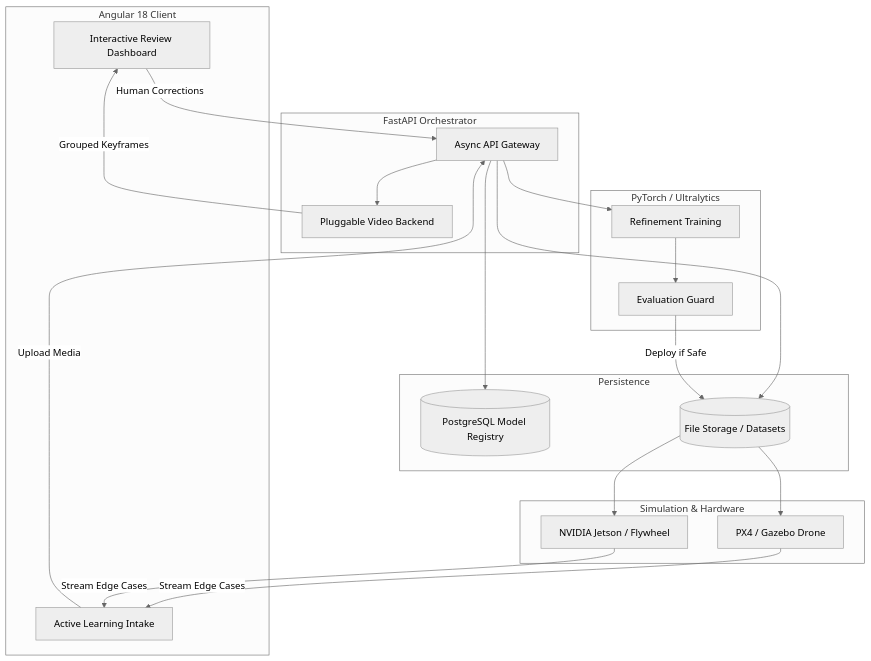
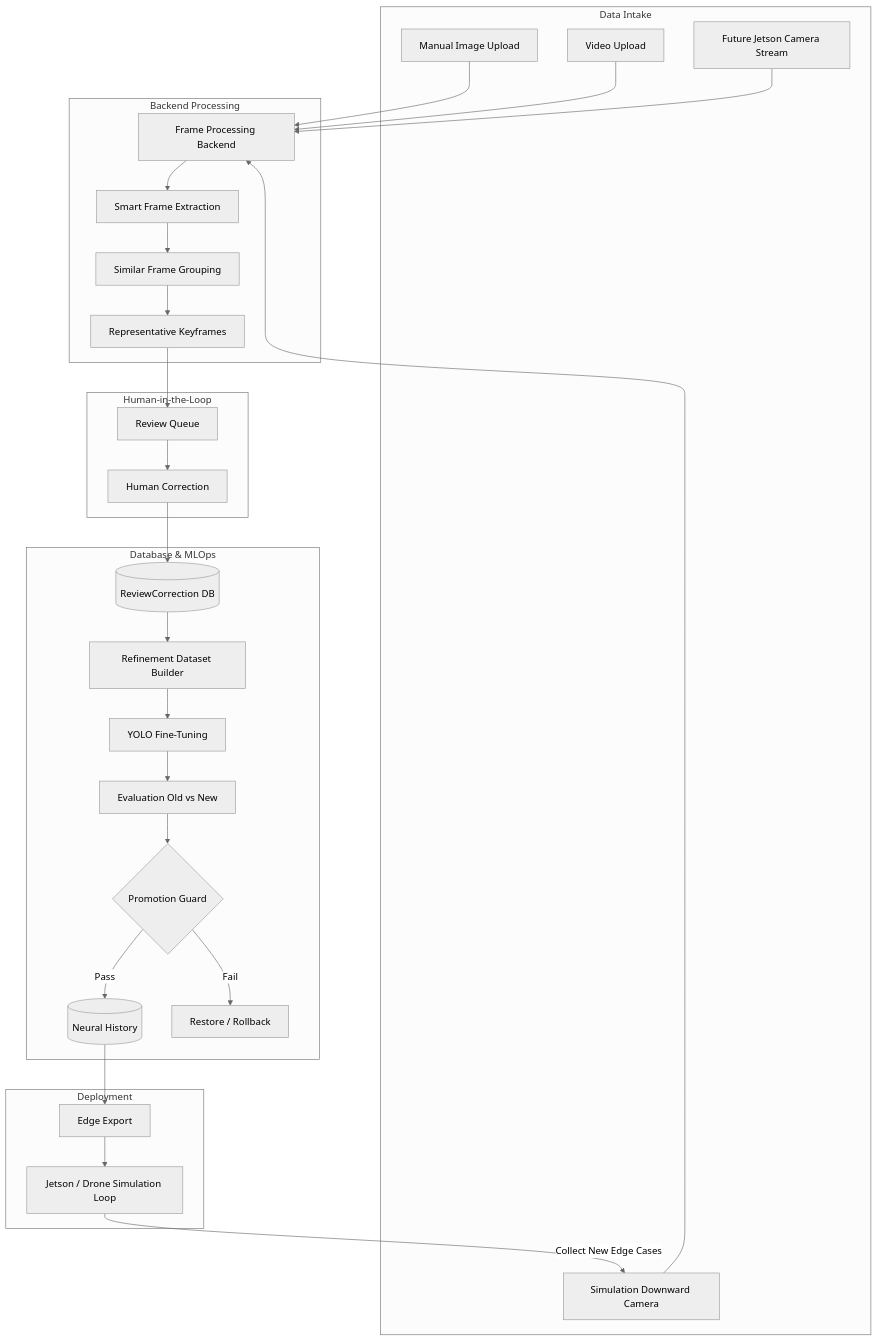
The first of 4 diagrams in README.md (rathoddhruv/TrainFlowVision-Showcase), drawn with Mermaid (neutral theme) before and after one commit. The commit also changed other lines of this file, not shown here.

````diff
--- a/README.md
+++ b/README.md
@@ -60,41 +56,53 @@
 ```mermaid
-graph TD
-    subgraph Frontend [Angular 18 Client]
-        UI[Interactive Review Dashboard]
-        Intake[Active Learning Intake]
+flowchart TD
+    subgraph Data Intake
+        I1[Manual Image Upload]
+        I2[Video Upload]
+        I3[Simulation Downward Camera]
+        I4[Future Jetson Camera Stream]
     end
 
-    subgraph Backend [FastAPI Orchestrator]
-        API[Async API Gateway]
-        VideoProcessing[Pluggable Video Backend]
+    subgraph Backend Processing
+        P1[Frame Processing Backend]
+        P2[Smart Frame Extraction]
+        P3[Similar Frame Grouping]
+        P4[Representative Keyframes]
     end
 
-    subgraph Data [Persistence]
-        DB[(PostgreSQL Model Registry)]
-        Storage[(File Storage / Datasets)]
+    subgraph Human-in-the-Loop
+        H1[Review Queue]
+        H2[Human Correction]
     end
 
-    subgraph ML_Engine [PyTorch / Ultralytics]
-        Train[Refinement Training]
-        Eval[Evaluation Guard]
+    subgraph Database & MLOps
+        D1[(ReviewCorrection DB)]
+        D2[Refinement Dataset Builder]
+        D3[YOLO Fine-Tuning]
+        D4[Evaluation Old vs New]
+        D5{Promotion Guard}
+        D6[(Neural History)]
+        D7[Restore / Rollback]
+    end
+    
+    subgraph Deployment
+        E1[Edge Export]
+        E2[Jetson / Drone Simulation Loop]
     end
 
-    subgraph Robotics_Edge [Simulation & Hardware]
-        SIM[PX4 / Gazebo Drone]
-        Jetson[NVIDIA Jetson / Flywheel]
-    end
-
-    Intake -->|Upload Media| API
-    API --> VideoProcessing
-    VideoProcessing -->|Grouped Keyframes| UI
-    UI -->|Human Corrections| API
-    API --> DB
-    API --> Storage
-    API --> Train
-    Train --> Eval
-    Eval -->|Deploy if Safe| Storage
-    Storage --> SIM
-    Storage --> Jetson
-    SIM -->|Stream Edge Cases| Intake
-    Jetson -->|Stream Edge Cases| Intake
+    I1 & I2 & I3 & I4 --> P1
+    P1 --> P2
+    P2 --> P3
+    P3 --> P4
+    P4 --> H1
+    H1 --> H2
+    H2 --> D1
+    D1 --> D2
+    D2 --> D3
+    D3 --> D4
+    D4 --> D5
+    D5 -- Pass --> D6
+    D5 -- Fail --> D7
+    D6 --> E1
+    E1 --> E2
+    E2 -- "Collect New Edge Cases" --> I3
 ```
````
